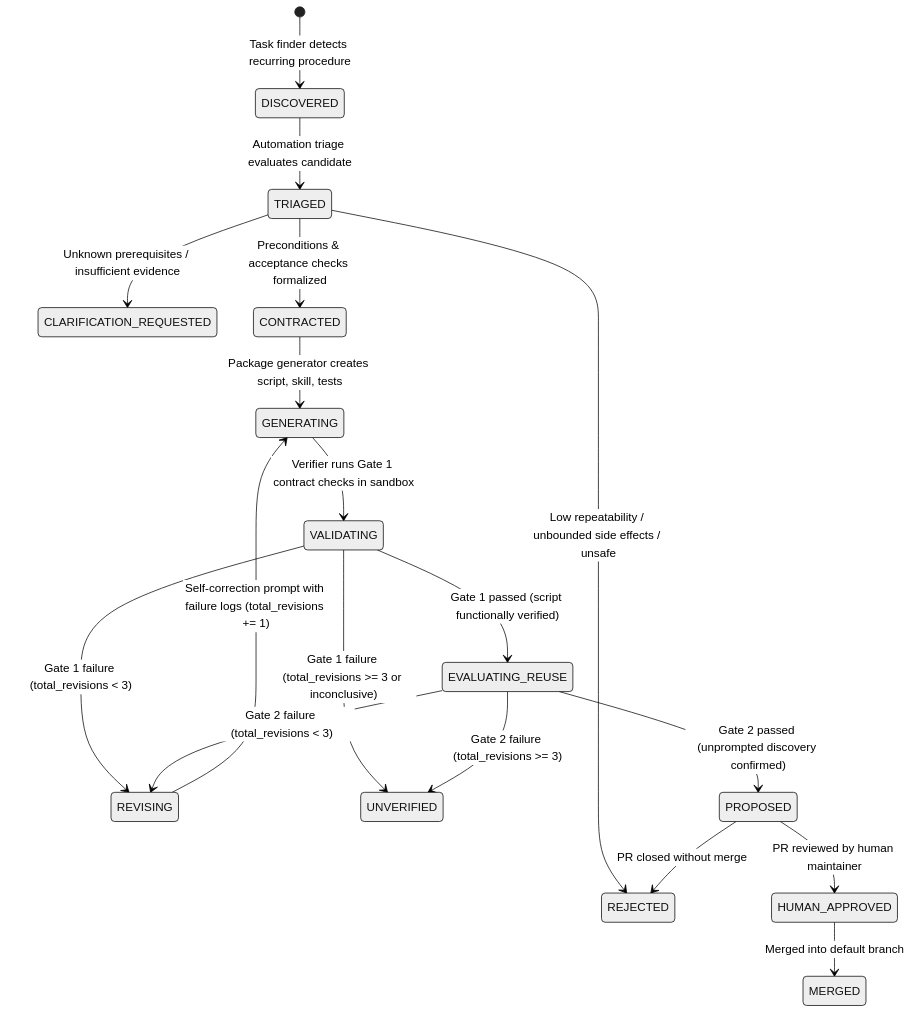
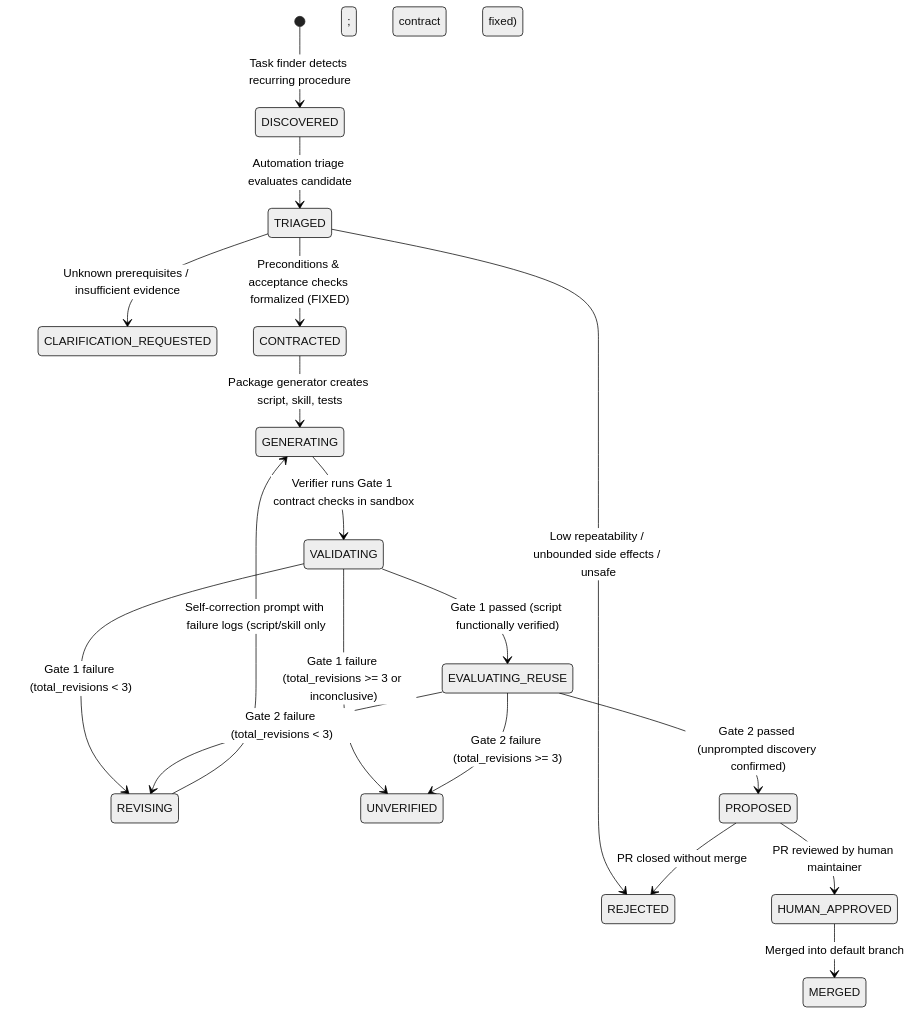
Before and after one commit to gcpuser1/maga-hackathon: the second of 2 diagrams in docs/architecture/ARCHITECTURE.md, drawn with Mermaid (neutral theme). The commit also changed other lines of this file, not shown here.

Commit message:
docs: resolve sandboxing boundaries, dual-scenario demo, contract semantic checks, and fixed repair loop

````diff
--- a/docs/architecture/ARCHITECTURE.md
+++ b/docs/architecture/ARCHITECTURE.md
@@ -230,28 +236,28 @@
 ```mermaid
 stateDiagram-v2
     [*] --> DISCOVERED: Task finder detects recurring procedure
     DISCOVERED --> TRIAGED: Automation triage evaluates candidate
     
     TRIAGED --> REJECTED: Low repeatability / unbounded side effects / unsafe
     TRIAGED --> CLARIFICATION_REQUESTED: Unknown prerequisites / insufficient evidence
-    TRIAGED --> CONTRACTED: Preconditions & acceptance checks formalized
+    TRIAGED --> CONTRACTED: Preconditions & acceptance checks formalized (FIXED)
     
     CONTRACTED --> GENERATING: Package generator creates script, skill, tests
     GENERATING --> VALIDATING: Verifier runs Gate 1 contract checks in sandbox
     
     VALIDATING --> REVISING: Gate 1 failure (total_revisions < 3)
     VALIDATING --> UNVERIFIED: Gate 1 failure (total_revisions >= 3 or inconclusive)
     
     VALIDATING --> EVALUATING_REUSE: Gate 1 passed (script functionally verified)
     
     EVALUATING_REUSE --> REVISING: Gate 2 failure (total_revisions < 3)
     EVALUATING_REUSE --> UNVERIFIED: Gate 2 failure (total_revisions >= 3)
     
-    REVISING --> GENERATING: Self-correction prompt with failure logs (total_revisions += 1)
+    REVISING --> GENERATING: Self-correction prompt with failure logs (script/skill only; contract fixed)
     
     EVALUATING_REUSE --> PROPOSED: Gate 2 passed (unprompted discovery confirmed)
     
     PROPOSED --> HUMAN_APPROVED: PR reviewed by human maintainer
     PROPOSED --> REJECTED: PR closed without merge
     HUMAN_APPROVED --> MERGED: Merged into default branch
 ```
````
